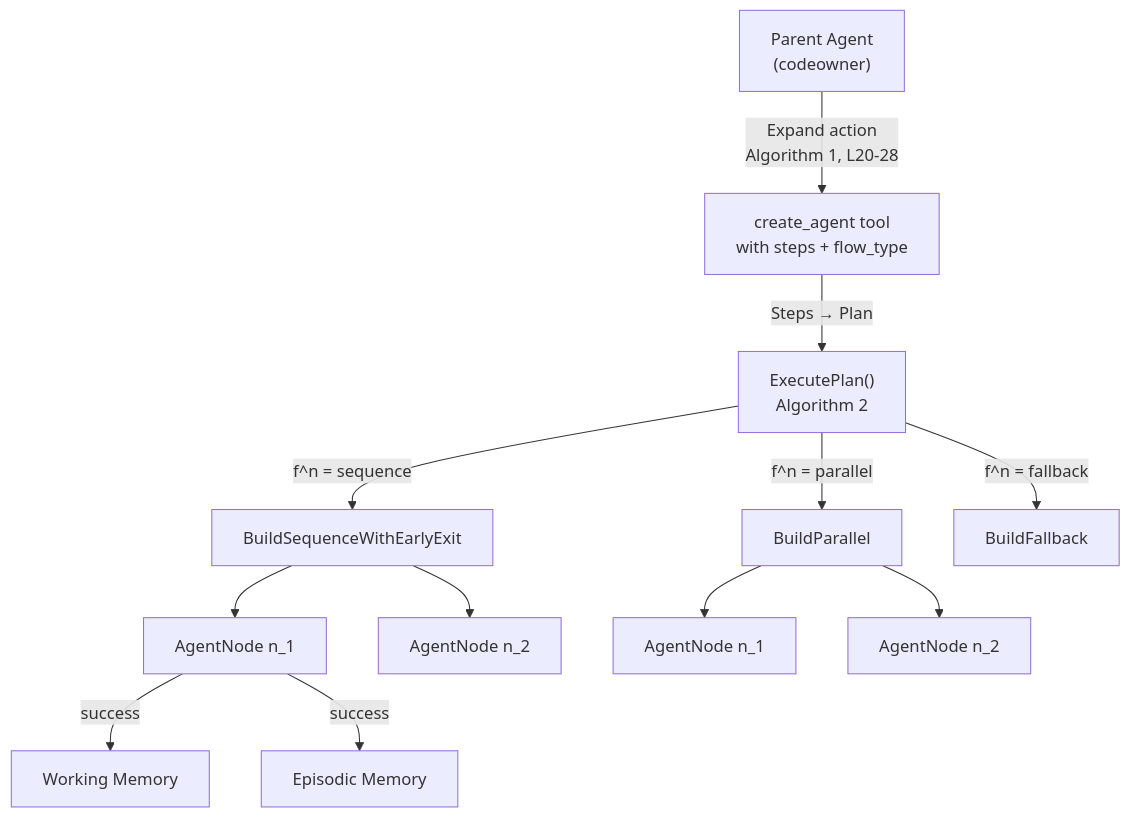
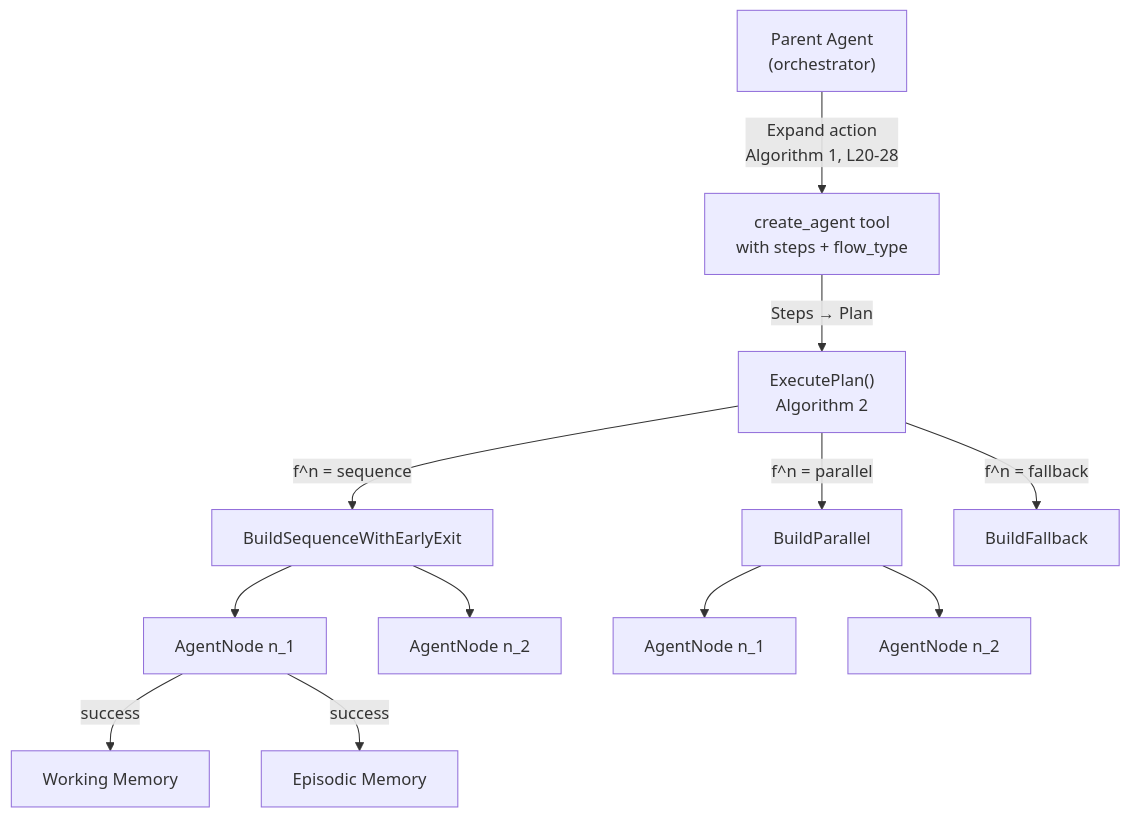
The diagram in docs/architecture/reactree.md (stackgenhq/genie), drawn with Mermaid before and after one commit. The commit also changed other lines of this file and 5 other files, not shown here.

````diff
--- a/docs/architecture/reactree.md
+++ b/docs/architecture/reactree.md
@@ -7,14 +7,14 @@
 ```mermaid
 graph TD
-    A["Parent Agent<br/>(codeowner)"] -->|"Expand action<br/>Algorithm 1, L20-28"| B["create_agent tool<br/>with steps + flow_type"]
+    A["Parent Agent<br/>(orchestrator)"] -->|"Expand action<br/>Algorithm 1, L20-28"| B["create_agent tool<br/>with steps + flow_type"]
     B -->|"Steps → Plan"| C["ExecutePlan()<br/>Algorithm 2"]
     C -->|"f^n = sequence"| D["BuildSequenceWithEarlyExit"]
     C -->|"f^n = parallel"| E["BuildParallel"]
     C -->|"f^n = fallback"| F["BuildFallback"]
     D --> G["AgentNode n_1"]
     D --> H["AgentNode n_2"]
     E --> I["AgentNode n_1"]
     E --> J["AgentNode n_2"]
     G -->|"success"| K["Working Memory"]
     G -->|"success"| L["Episodic Memory"]
 ```
````
